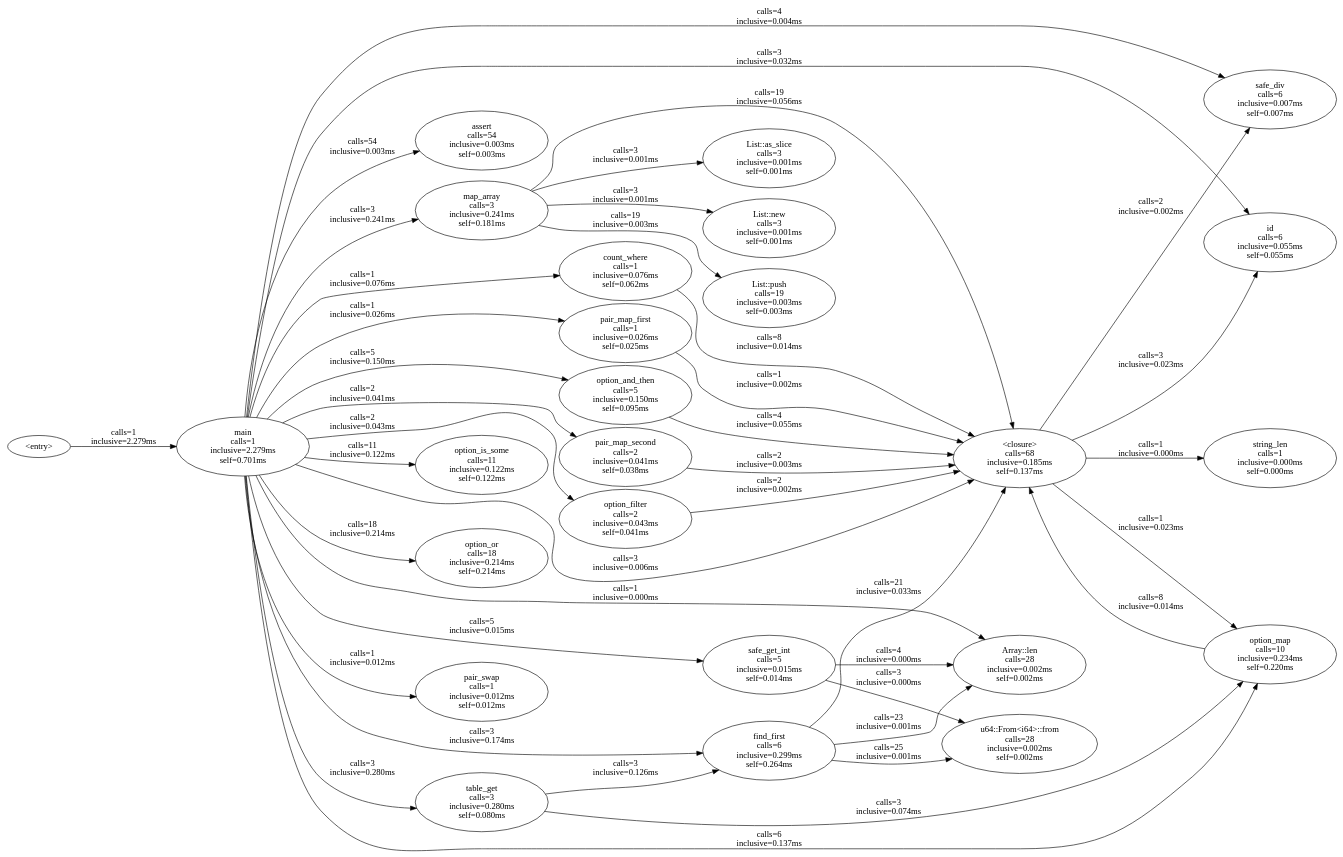
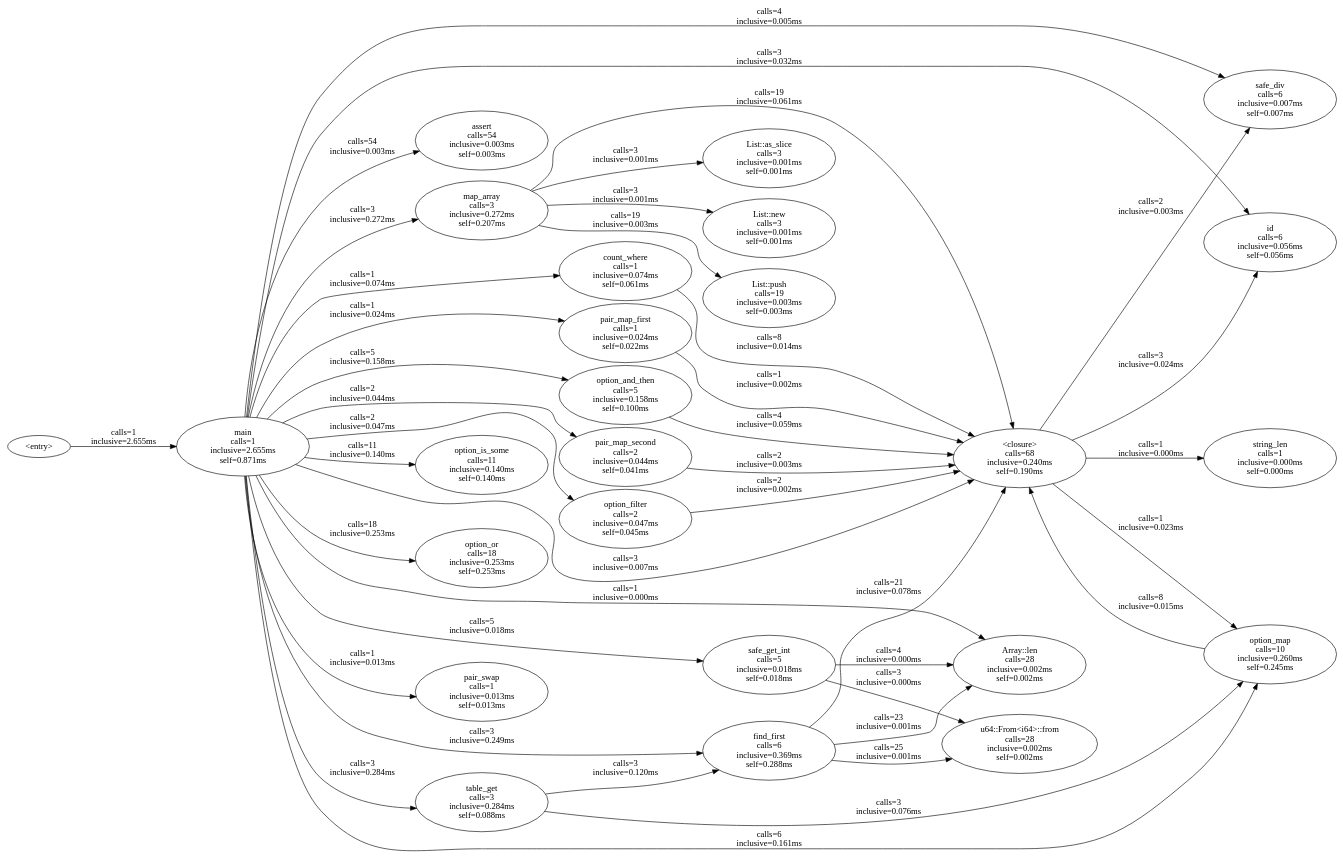
The diagram in metel-interpreter/docs/benchmarks/v0.8.2-evaluator-integration/int_03_generic_option_chain.mtl.callgraph.dot (gust-lang/gust), drawn with Graphviz before and after one commit. The commit also changed 30 other files, not shown here.

```diff
--- a/metel-interpreter/docs/benchmarks/v0.8.2-evaluator-integration/int_03_generic_option_chain.mtl.callgraph.dot
+++ b/metel-interpreter/docs/benchmarks/v0.8.2-evaluator-integration/int_03_generic_option_chain.mtl.callgraph.dot
@@ -1,67 +1,67 @@
 digraph metel_callgraph {
   rankdir=LR;
-  "<closure>" [label="<closure>\ncalls=68\ninclusive=0.185ms\nself=0.137ms"];
+  "<closure>" [label="<closure>\ncalls=68\ninclusive=0.240ms\nself=0.190ms"];
   "Array::len" [label="Array::len\ncalls=28\ninclusive=0.002ms\nself=0.002ms"];
   "List::as_slice" [label="List::as_slice\ncalls=3\ninclusive=0.001ms\nself=0.001ms"];
   "List::new" [label="List::new\ncalls=3\ninclusive=0.001ms\nself=0.001ms"];
   "List::push" [label="List::push\ncalls=19\ninclusive=0.003ms\nself=0.003ms"];
   "assert" [label="assert\ncalls=54\ninclusive=0.003ms\nself=0.003ms"];
-  "count_where" [label="count_where\ncalls=1\ninclusive=0.076ms\nself=0.062ms"];
-  "find_first" [label="find_first\ncalls=6\ninclusive=0.299ms\nself=0.264ms"];
-  "id" [label="id\ncalls=6\ninclusive=0.055ms\nself=0.055ms"];
-  "main" [label="main\ncalls=1\ninclusive=2.279ms\nself=0.701ms"];
-  "map_array" [label="map_array\ncalls=3\ninclusive=0.241ms\nself=0.181ms"];
-  "option_and_then" [label="option_and_then\ncalls=5\ninclusive=0.150ms\nself=0.095ms"];
-  "option_filter" [label="option_filter\ncalls=2\ninclusive=0.043ms\nself=0.041ms"];
-  "option_is_some" [label="option_is_some\ncalls=11\ninclusive=0.122ms\nself=0.122ms"];
-  "option_map" [label="option_map\ncalls=10\ninclusive=0.234ms\nself=0.220ms"];
-  "option_or" [label="option_or\ncalls=18\ninclusive=0.214ms\nself=0.214ms"];
-  "pair_map_first" [label="pair_map_first\ncalls=1\ninclusive=0.026ms\nself=0.025ms"];
-  "pair_map_second" [label="pair_map_second\ncalls=2\ninclusive=0.041ms\nself=0.038ms"];
-  "pair_swap" [label="pair_swap\ncalls=1\ninclusive=0.012ms\nself=0.012ms"];
+  "count_where" [label="count_where\ncalls=1\ninclusive=0.074ms\nself=0.061ms"];
+  "find_first" [label="find_first\ncalls=6\ninclusive=0.369ms\nself=0.288ms"];
+  "id" [label="id\ncalls=6\ninclusive=0.056ms\nself=0.056ms"];
+  "main" [label="main\ncalls=1\ninclusive=2.655ms\nself=0.871ms"];
+  "map_array" [label="map_array\ncalls=3\ninclusive=0.272ms\nself=0.207ms"];
+  "option_and_then" [label="option_and_then\ncalls=5\ninclusive=0.158ms\nself=0.100ms"];
+  "option_filter" [label="option_filter\ncalls=2\ninclusive=0.047ms\nself=0.045ms"];
+  "option_is_some" [label="option_is_some\ncalls=11\ninclusive=0.140ms\nself=0.140ms"];
+  "option_map" [label="option_map\ncalls=10\ninclusive=0.260ms\nself=0.245ms"];
+  "option_or" [label="option_or\ncalls=18\ninclusive=0.253ms\nself=0.253ms"];
+  "pair_map_first" [label="pair_map_first\ncalls=1\ninclusive=0.024ms\nself=0.022ms"];
+  "pair_map_second" [label="pair_map_second\ncalls=2\ninclusive=0.044ms\nself=0.041ms"];
+  "pair_swap" [label="pair_swap\ncalls=1\ninclusive=0.013ms\nself=0.013ms"];
   "safe_div" [label="safe_div\ncalls=6\ninclusive=0.007ms\nself=0.007ms"];
-  "safe_get_int" [label="safe_get_int\ncalls=5\ninclusive=0.015ms\nself=0.014ms"];
+  "safe_get_int" [label="safe_get_int\ncalls=5\ninclusive=0.018ms\nself=0.018ms"];
   "string_len" [label="string_len\ncalls=1\ninclusive=0.000ms\nself=0.000ms"];
-  "table_get" [label="table_get\ncalls=3\ninclusive=0.280ms\nself=0.080ms"];
+  "table_get" [label="table_get\ncalls=3\ninclusive=0.284ms\nself=0.088ms"];
   "u64::From<i64>::from" [label="u64::From<i64>::from\ncalls=28\ninclusive=0.002ms\nself=0.002ms"];
-  "<entry>" -> "main" [label="calls=1\ninclusive=2.279ms"];
-  "<closure>" -> "id" [label="calls=3\ninclusive=0.023ms"];
+  "<entry>" -> "main" [label="calls=1\ninclusive=2.655ms"];
+  "<closure>" -> "id" [label="calls=3\ninclusive=0.024ms"];
   "<closure>" -> "option_map" [label="calls=1\ninclusive=0.023ms"];
-  "<closure>" -> "safe_div" [label="calls=2\ninclusive=0.002ms"];
+  "<closure>" -> "safe_div" [label="calls=2\ninclusive=0.003ms"];
   "<closure>" -> "string_len" [label="calls=1\ninclusive=0.000ms"];
   "count_where" -> "<closure>" [label="calls=8\ninclusive=0.014ms"];
-  "find_first" -> "<closure>" [label="calls=21\ninclusive=0.033ms"];
+  "find_first" -> "<closure>" [label="calls=21\ninclusive=0.078ms"];
   "find_first" -> "Array::len" [label="calls=23\ninclusive=0.001ms"];
   "find_first" -> "u64::From<i64>::from" [label="calls=25\ninclusive=0.001ms"];
-  "main" -> "<closure>" [label="calls=3\ninclusive=0.006ms"];
+  "main" -> "<closure>" [label="calls=3\ninclusive=0.007ms"];
   "main" -> "Array::len" [label="calls=1\ninclusive=0.000ms"];
   "main" -> "assert" [label="calls=54\ninclusive=0.003ms"];
-  "main" -> "count_where" [label="calls=1\ninclusive=0.076ms"];
-  "main" -> "find_first" [label="calls=3\ninclusive=0.174ms"];
+  "main" -> "count_where" [label="calls=1\ninclusive=0.074ms"];
+  "main" -> "find_first" [label="calls=3\ninclusive=0.249ms"];
   "main" -> "id" [label="calls=3\ninclusive=0.032ms"];
-  "main" -> "map_array" [label="calls=3\ninclusive=0.241ms"];
-  "main" -> "option_and_then" [label="calls=5\ninclusive=0.150ms"];
-  "main" -> "option_filter" [label="calls=2\ninclusive=0.043ms"];
-  "main" -> "option_is_some" [label="calls=11\ninclusive=0.122ms"];
-  "main" -> "option_map" [label="calls=6\ninclusive=0.137ms"];
-  "main" -> "option_or" [label="calls=18\ninclusive=0.214ms"];
-  "main" -> "pair_map_first" [label="calls=1\ninclusive=0.026ms"];
-  "main" -> "pair_map_second" [label="calls=2\ninclusive=0.041ms"];
-  "main" -> "pair_swap" [label="calls=1\ninclusive=0.012ms"];
-  "main" -> "safe_div" [label="calls=4\ninclusive=0.004ms"];
-  "main" -> "safe_get_int" [label="calls=5\ninclusive=0.015ms"];
-  "main" -> "table_get" [label="calls=3\ninclusive=0.280ms"];
-  "map_array" -> "<closure>" [label="calls=19\ninclusive=0.056ms"];
+  "main" -> "map_array" [label="calls=3\ninclusive=0.272ms"];
+  "main" -> "option_and_then" [label="calls=5\ninclusive=0.158ms"];
+  "main" -> "option_filter" [label="calls=2\ninclusive=0.047ms"];
+  "main" -> "option_is_some" [label="calls=11\ninclusive=0.140ms"];
+  "main" -> "option_map" [label="calls=6\ninclusive=0.161ms"];
+  "main" -> "option_or" [label="calls=18\ninclusive=0.253ms"];
+  "main" -> "pair_map_first" [label="calls=1\ninclusive=0.024ms"];
+  "main" -> "pair_map_second" [label="calls=2\ninclusive=0.044ms"];
+  "main" -> "pair_swap" [label="calls=1\ninclusive=0.013ms"];
+  "main" -> "safe_div" [label="calls=4\ninclusive=0.005ms"];
+  "main" -> "safe_get_int" [label="calls=5\ninclusive=0.018ms"];
+  "main" -> "table_get" [label="calls=3\ninclusive=0.284ms"];
+  "map_array" -> "<closure>" [label="calls=19\ninclusive=0.061ms"];
   "map_array" -> "List::as_slice" [label="calls=3\ninclusive=0.001ms"];
   "map_array" -> "List::new" [label="calls=3\ninclusive=0.001ms"];
   "map_array" -> "List::push" [label="calls=19\ninclusive=0.003ms"];
-  "option_and_then" -> "<closure>" [label="calls=4\ninclusive=0.055ms"];
+  "option_and_then" -> "<closure>" [label="calls=4\ninclusive=0.059ms"];
   "option_filter" -> "<closure>" [label="calls=2\ninclusive=0.002ms"];
-  "option_map" -> "<closure>" [label="calls=8\ninclusive=0.014ms"];
+  "option_map" -> "<closure>" [label="calls=8\ninclusive=0.015ms"];
   "pair_map_first" -> "<closure>" [label="calls=1\ninclusive=0.002ms"];
   "pair_map_second" -> "<closure>" [label="calls=2\ninclusive=0.003ms"];
   "safe_get_int" -> "Array::len" [label="calls=4\ninclusive=0.000ms"];
   "safe_get_int" -> "u64::From<i64>::from" [label="calls=3\ninclusive=0.000ms"];
-  "table_get" -> "find_first" [label="calls=3\ninclusive=0.126ms"];
-  "table_get" -> "option_map" [label="calls=3\ninclusive=0.074ms"];
+  "table_get" -> "find_first" [label="calls=3\ninclusive=0.120ms"];
+  "table_get" -> "option_map" [label="calls=3\ninclusive=0.076ms"];
 }
```
